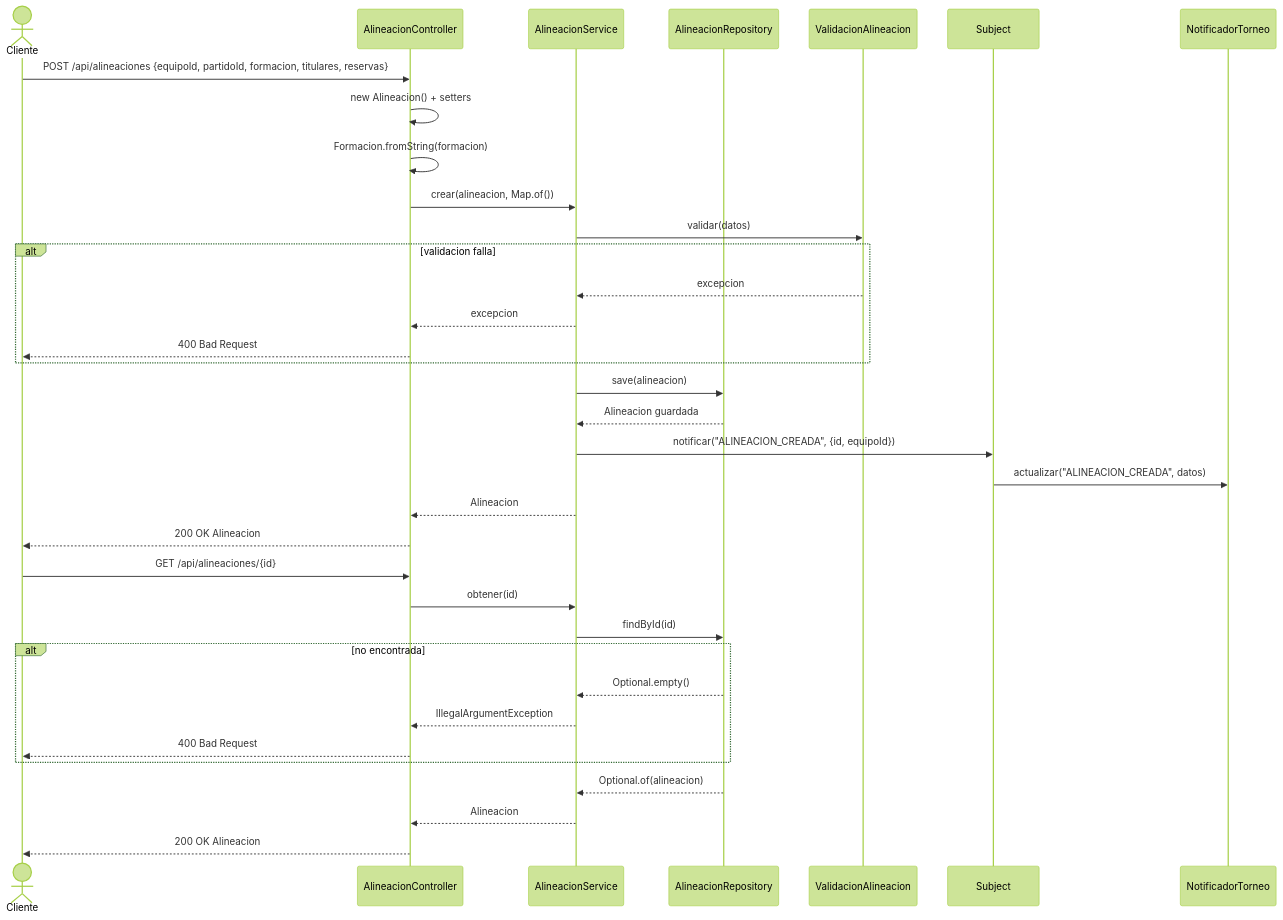
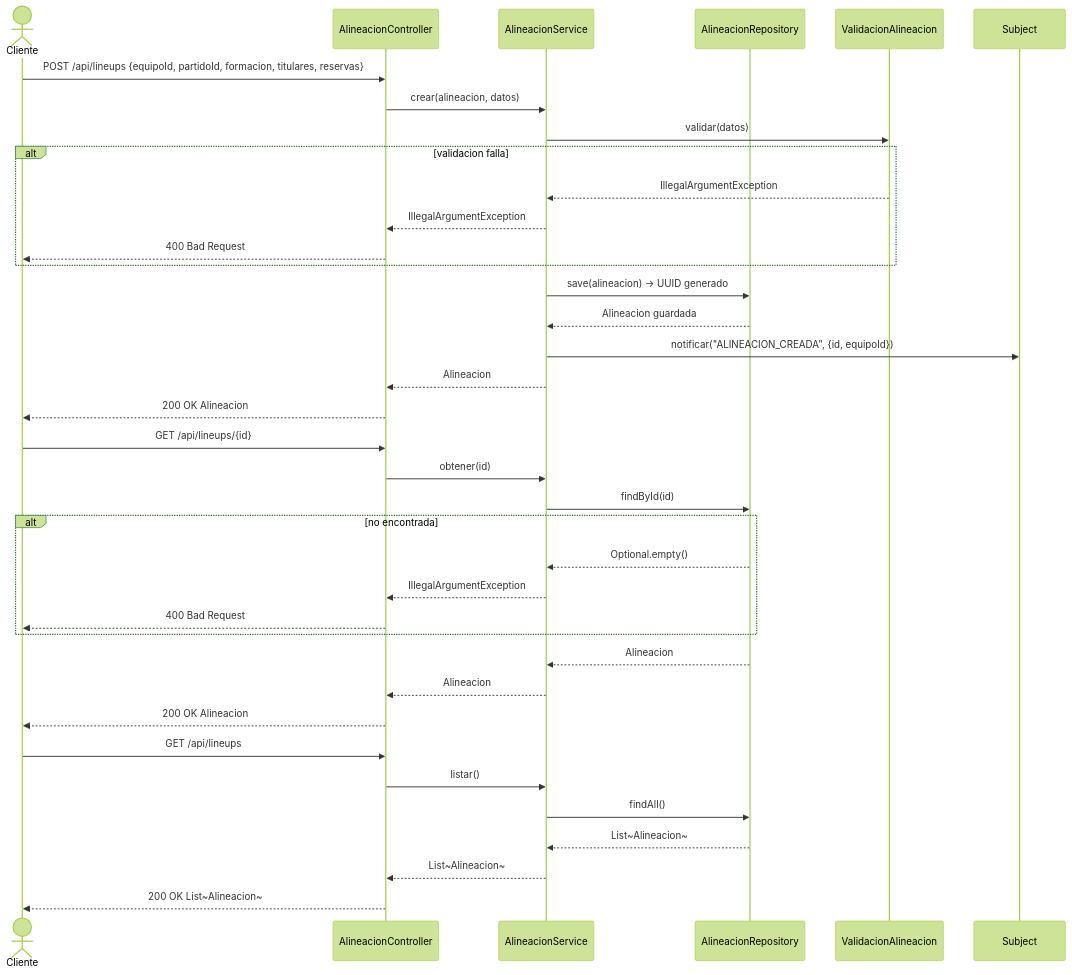
One commit to nglsz006/SFC_techcup-futbol changed the diagram in docs/uml/diagramas-secuencia/11-alineaciones.md. Above: the diagram before and after it, drawn with Mermaid (forest theme). The commit also changed 22 other files, not shown here.

Commit message:
feat: UUID migration, OAuth2 fix, updated Mermaid diagrams and README Sprint 4

````diff
--- a/docs/uml/diagramas-secuencia/11-alineaciones.md
+++ b/docs/uml/diagramas-secuencia/11-alineaciones.md
@@ -3,41 +3,45 @@
 ```mermaid
 sequenceDiagram
     actor Cliente
     participant AlineacionController
     participant AlineacionService
     participant AlineacionRepository
     participant ValidacionAlineacion
     participant Subject
-    participant NotificadorTorneo
 
     %% Crear alineacion
-    Cliente->>AlineacionController: POST /api/alineaciones {equipoId, partidoId, formacion, titulares, reservas}
-    AlineacionController->>AlineacionController: new Alineacion() + setters
-    AlineacionController->>AlineacionController: Formacion.fromString(formacion)
-    AlineacionController->>AlineacionService: crear(alineacion, Map.of())
+    Cliente->>AlineacionController: POST /api/lineups {equipoId, partidoId, formacion, titulares, reservas}
+    AlineacionController->>AlineacionService: crear(alineacion, datos)
     AlineacionService->>ValidacionAlineacion: validar(datos)
     alt validacion falla
-        ValidacionAlineacion-->>AlineacionService: excepcion
-        AlineacionService-->>AlineacionController: excepcion
+        ValidacionAlineacion-->>AlineacionService: IllegalArgumentException
+        AlineacionService-->>AlineacionController: IllegalArgumentException
         AlineacionController-->>Cliente: 400 Bad Request
     end
-    AlineacionService->>AlineacionRepository: save(alineacion)
+    AlineacionService->>AlineacionRepository: save(alineacion) → UUID generado
     AlineacionRepository-->>AlineacionService: Alineacion guardada
     AlineacionService->>Subject: notificar("ALINEACION_CREADA", {id, equipoId})
-    Subject->>NotificadorTorneo: actualizar("ALINEACION_CREADA", datos)
     AlineacionService-->>AlineacionController: Alineacion
     AlineacionController-->>Cliente: 200 OK Alineacion
 
     %% Obtener alineacion
-    Cliente->>AlineacionController: GET /api/alineaciones/{id}
+    Cliente->>AlineacionController: GET /api/lineups/{id}
     AlineacionController->>AlineacionService: obtener(id)
     AlineacionService->>AlineacionRepository: findById(id)
     alt no encontrada
         AlineacionRepository-->>AlineacionService: Optional.empty()
         AlineacionService-->>AlineacionController: IllegalArgumentException
         AlineacionController-->>Cliente: 400 Bad Request
     end
-    AlineacionRepository-->>AlineacionService: Optional.of(alineacion)
+    AlineacionRepository-->>AlineacionService: Alineacion
     AlineacionService-->>AlineacionController: Alineacion
     AlineacionController-->>Cliente: 200 OK Alineacion
+
+    %% Listar alineaciones
+    Cliente->>AlineacionController: GET /api/lineups
+    AlineacionController->>AlineacionService: listar()
+    AlineacionService->>AlineacionRepository: findAll()
+    AlineacionRepository-->>AlineacionService: List~Alineacion~
+    AlineacionService-->>AlineacionController: List~Alineacion~
+    AlineacionController-->>Cliente: 200 OK List~Alineacion~
 ```
````
